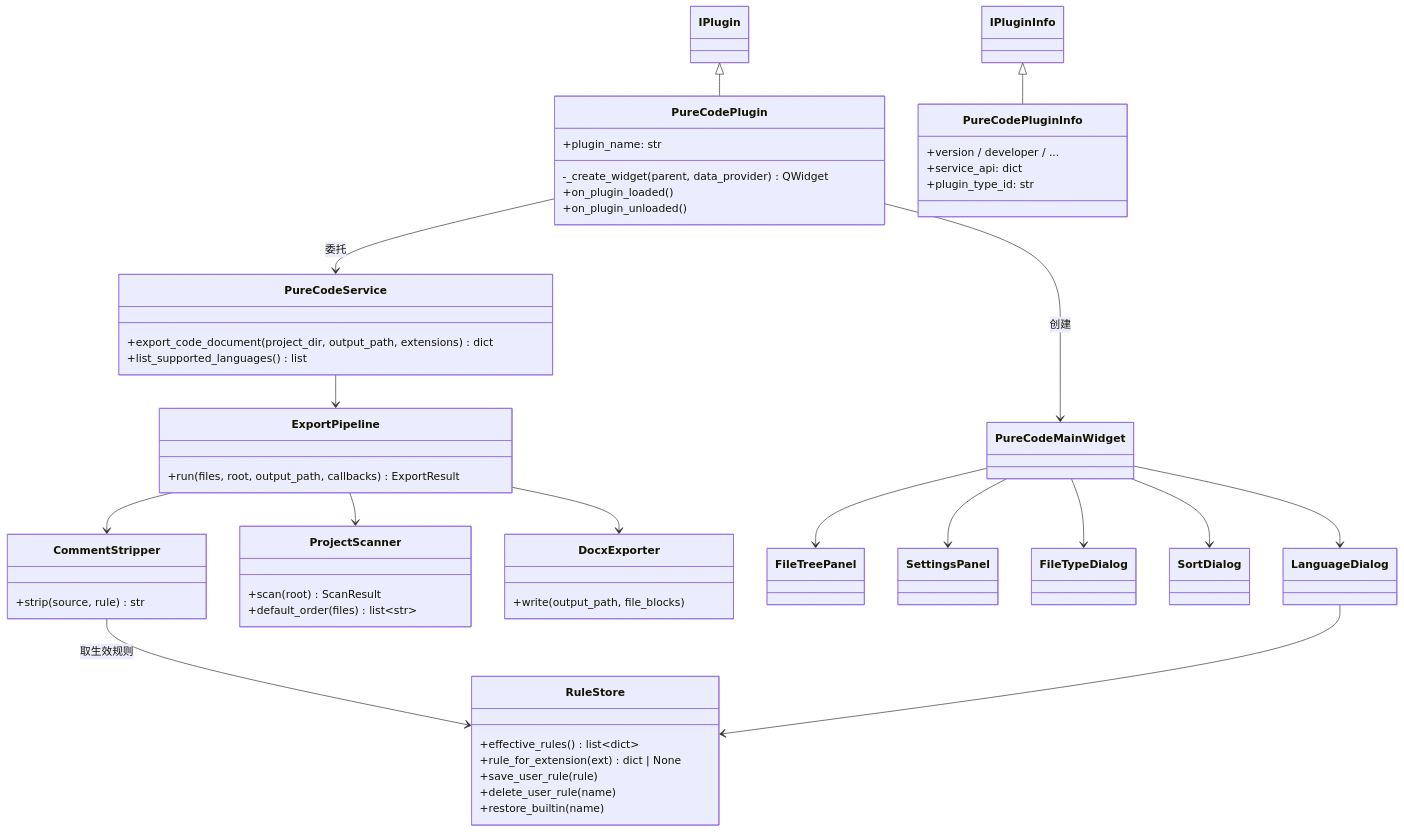
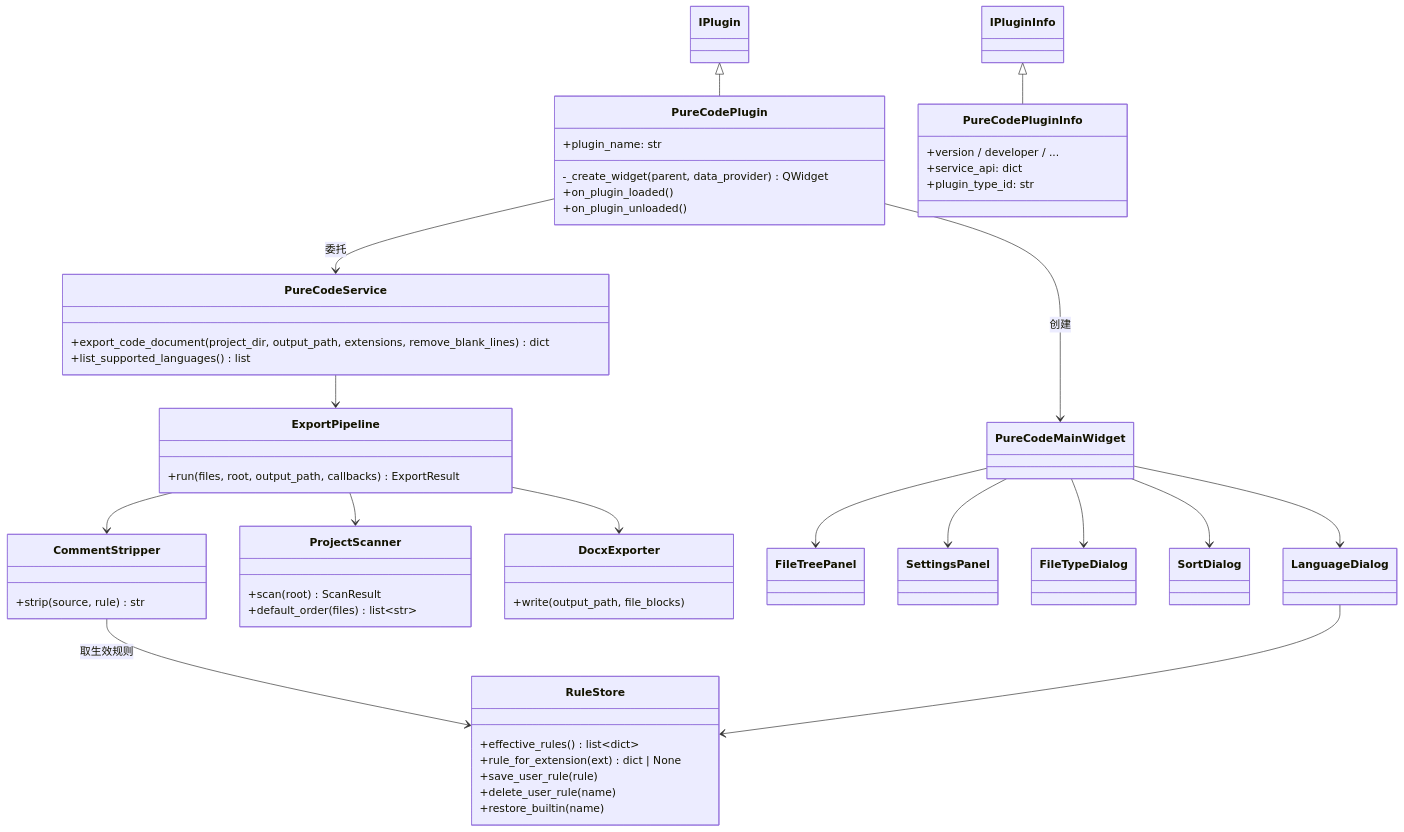
The second of 4 diagrams in pure-code/docs/req/2026-09-07/SPEC-pure-code-20260907.md (Ender-William/PureCode), drawn with Mermaid before and after one commit. The commit also changed other lines of this file and 1 other file, not shown here.

Commit message:
docs(pure-code): 同步 PRD/SPEC（新增 D8 docstring 行首启发式、F11 移除空行开关、D7 换行符归一、docstrings 规则字段）

````diff
--- a/pure-code/docs/req/2026-09-07/SPEC-pure-code-20260907.md
+++ b/pure-code/docs/req/2026-09-07/SPEC-pure-code-20260907.md
@@ -105,62 +111,62 @@
 ```mermaid
 classDiagram
     class IPlugin
     class PureCodePlugin {
         +plugin_name: str
         -_create_widget(parent, data_provider) QWidget
         +on_plugin_loaded()
         +on_plugin_unloaded()
     }
     class IPluginInfo
     class PureCodePluginInfo {
         +version / developer / ...
         +service_api: dict
         +plugin_type_id: str
     }
     class PureCodeService {
-        +export_code_document(project_dir, output_path, extensions) dict
+        +export_code_document(project_dir, output_path, extensions, remove_blank_lines) dict
         +list_supported_languages() list
     }
     class RuleStore {
         +effective_rules() list~dict~
         +rule_for_extension(ext) dict | None
         +save_user_rule(rule) 
         +delete_user_rule(name)
         +restore_builtin(name)
     }
     class CommentStripper {
         +strip(source, rule) str
     }
     class ProjectScanner {
         +scan(root) ScanResult
         +default_order(files) list~str~
     }
     class DocxExporter {
         +write(output_path, file_blocks)
     }
     class ExportPipeline {
         +run(files, root, output_path, callbacks) ExportResult
     }
     class PureCodeMainWidget
     class FileTreePanel
     class SettingsPanel
     class FileTypeDialog
     class SortDialog
     class LanguageDialog
 
     IPlugin <|-- PureCodePlugin
     IPluginInfo <|-- PureCodePluginInfo
     PureCodePlugin --> PureCodeMainWidget : 创建
     PureCodePlugin --> PureCodeService : 委托
     PureCodeMainWidget --> FileTreePanel
     PureCodeMainWidget --> SettingsPanel
     PureCodeMainWidget --> FileTypeDialog
     PureCodeMainWidget --> SortDialog
     PureCodeMainWidget --> LanguageDialog
     PureCodeService --> ExportPipeline
     ExportPipeline --> ProjectScanner
     ExportPipeline --> CommentStripper
     ExportPipeline --> DocxExporter
     CommentStripper --> RuleStore : 取生效规则
     LanguageDialog --> RuleStore
 ```
````
